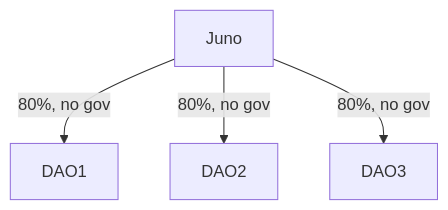
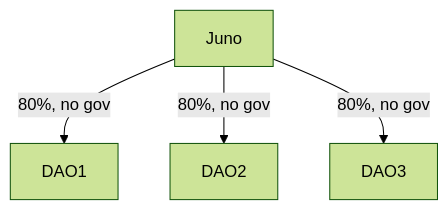
One commit to CosmWasm/mesh-security-hackathon changed the first of 4 diagrams in docs/UseCases.md. Above: the diagram before and after it, drawn with Mermaid. The commit also changed other lines of this file and 1 other file, not shown here.

````diff
--- a/docs/UseCases.md
+++ b/docs/UseCases.md
@@ -8,6 +8,7 @@
 ```mermaid
-graph TD
+flowchart TD
+  %%{init: {'theme': 'forest'}}%%
   Juno -- 80%, no gov --> DAO1;
   Juno -- 80%, no gov --> DAO2;
   Juno -- 80%, no gov --> DAO3;
 ```
````
